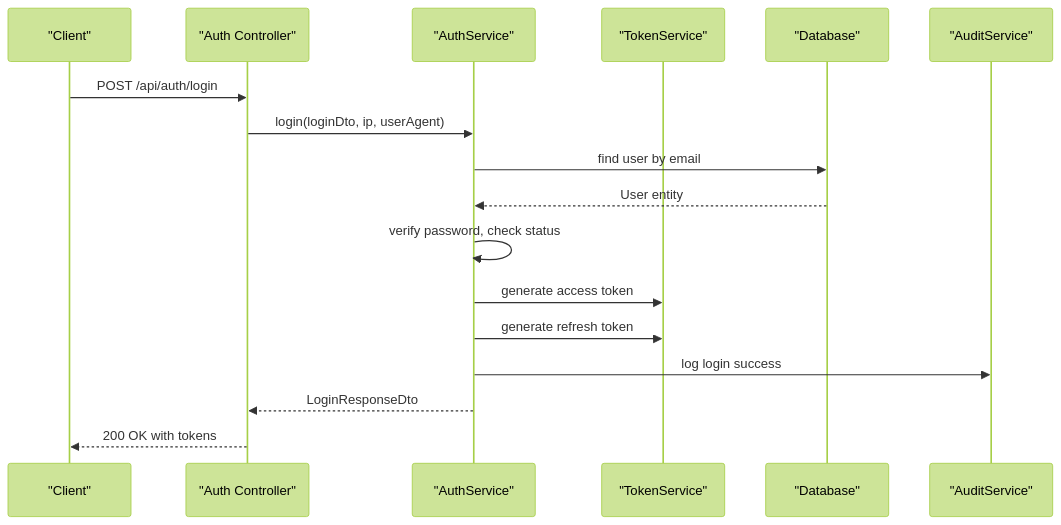
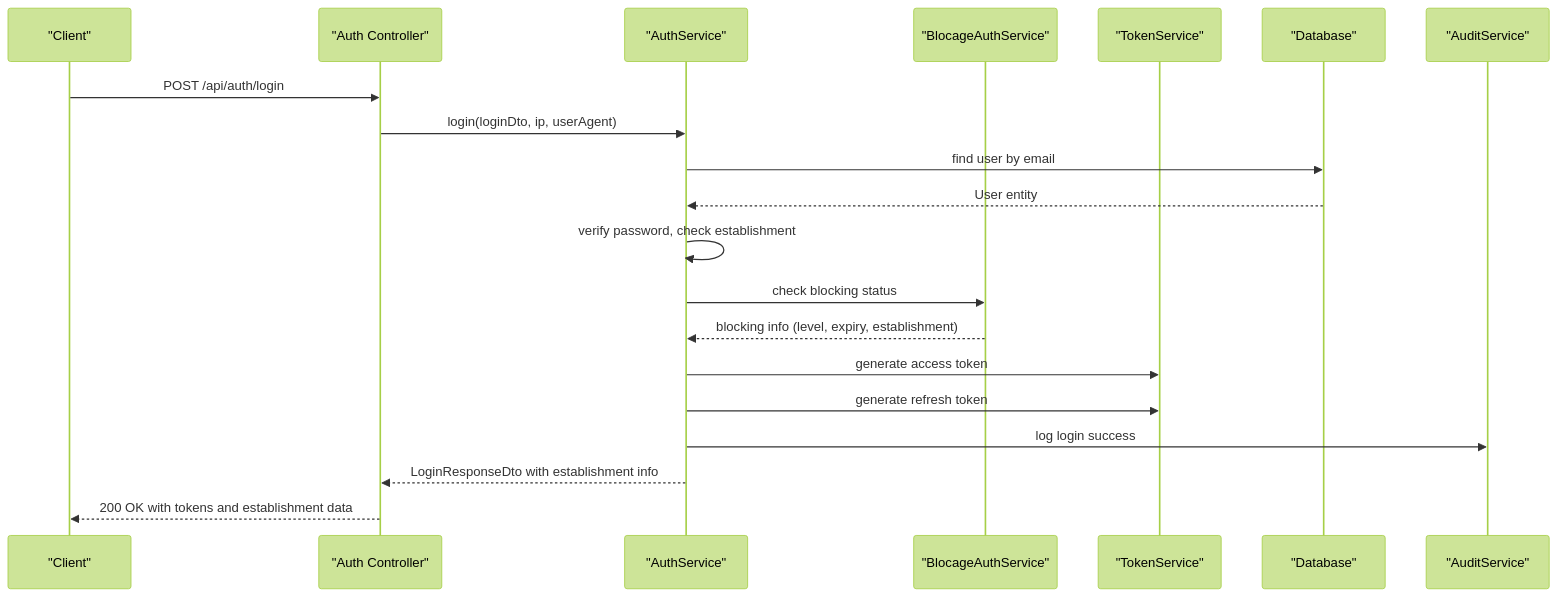
Before and after one commit to franckylab/eLISAschool: the second of 3 diagrams in .qoder/repowiki/en/content/Backend API Documentation/Authentication API.md, drawn with Mermaid (forest theme). The commit also changed other lines of this file and 66 other files, not shown here.

First line of the commit message:
feat(auth): intégrer système de blocage à deux niveaux et suivi en temps réel

````diff
--- a/.qoder/repowiki/en/content/Backend API Documentation/Authentication API.md
+++ b/.qoder/repowiki/en/content/Backend API Documentation/Authentication API.md
@@ -87,19 +106,22 @@
 ```mermaid
 sequenceDiagram
 participant Client as "Client"
 participant Controller as "Auth Controller"
 participant Service as "AuthService"
+participant BlocageService as "BlocageAuthService"
 participant TokenSvc as "TokenService"
 participant DB as "Database"
 participant Audit as "AuditService"
 Client->>Controller : POST /api/auth/login
 Controller->>Service : login(loginDto, ip, userAgent)
 Service->>DB : find user by email
 DB-->>Service : User entity
-Service->>Service : verify password, check status
+Service->>Service : verify password, check establishment
+Service->>BlocageService : check blocking status
+BlocageService-->>Service : blocking info (level, expiry, establishment)
 Service->>TokenSvc : generate access token
 Service->>TokenSvc : generate refresh token
 Service->>Audit : log login success
-Service-->>Controller : LoginResponseDto
-Controller-->>Client : 200 OK with tokens
+Service-->>Controller : LoginResponseDto with establishment info
+Controller-->>Client : 200 OK with tokens and establishment data
 ```
````
